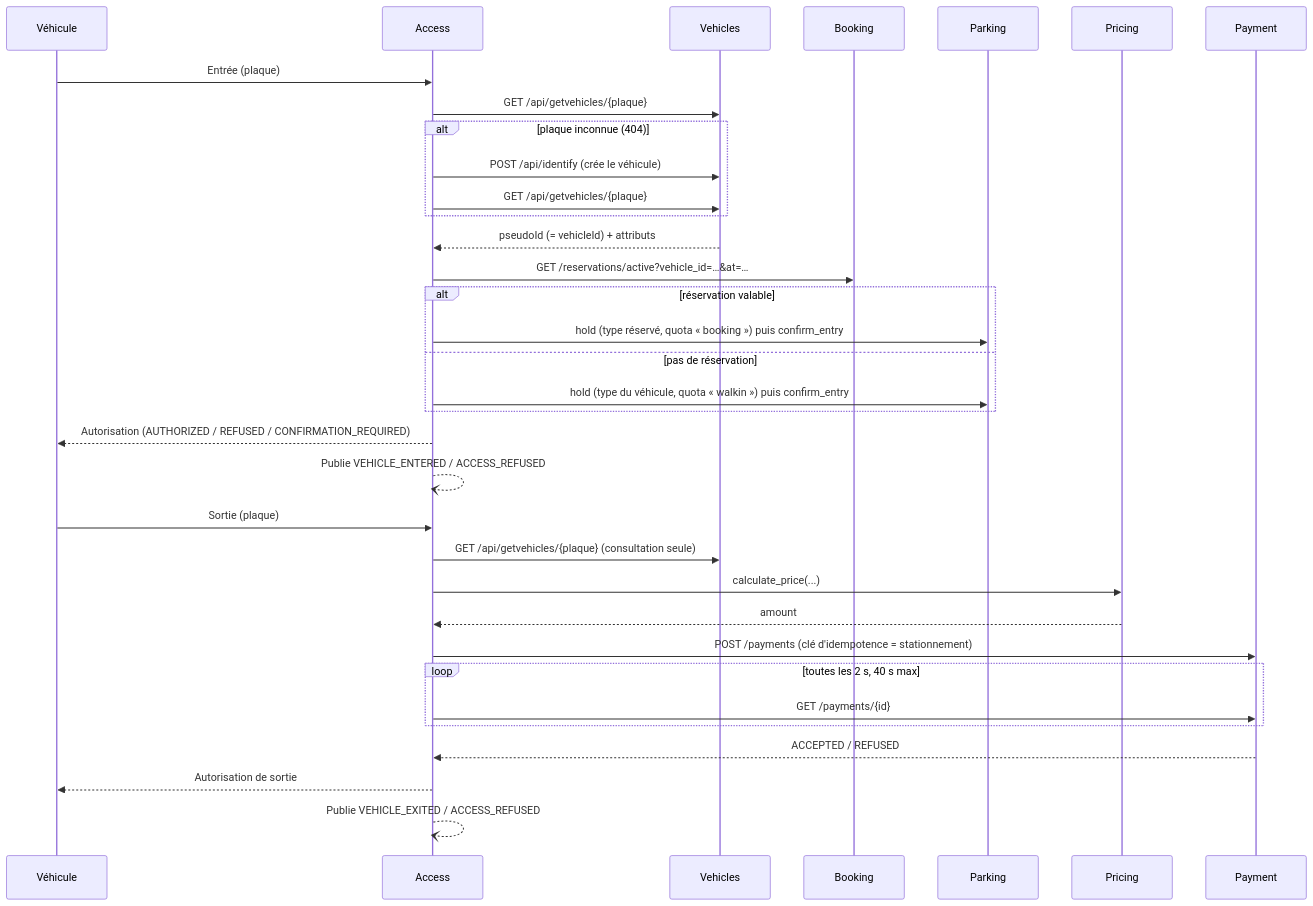
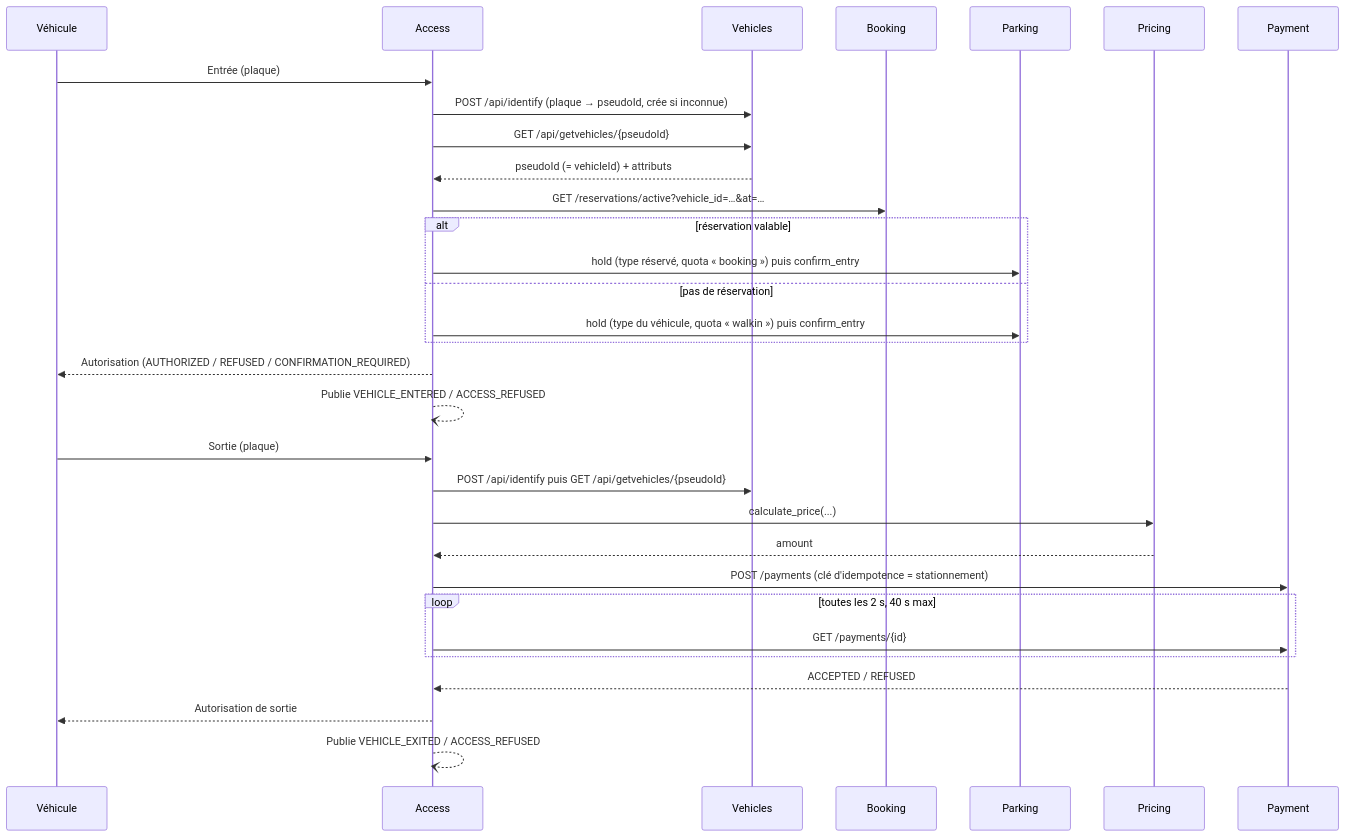
One commit to DenisDMU/access-parking changed the diagram in README.md. Above: the diagram before and after it, drawn with Mermaid. The commit also changed other lines of this file and 9 other files, not shown here.

First line of the commit message:
fix(vehicles): identification puis consultation par identifiant (4.6.1)

````diff
--- a/README.md
+++ b/README.md
@@ -128,38 +128,35 @@
 ```mermaid
 sequenceDiagram
     participant V as Véhicule
     participant A as Access
     participant Ve as Vehicles
     participant B as Booking
     participant P as Parking
     participant Pr as Pricing
     participant Pa as Payment
 
     V->>A: Entrée (plaque)
-    A->>Ve: GET /api/getvehicles/{plaque}
-    alt plaque inconnue (404)
-        A->>Ve: POST /api/identify (crée le véhicule)
-        A->>Ve: GET /api/getvehicles/{plaque}
-    end
+    A->>Ve: POST /api/identify (plaque → pseudoId, crée si inconnue)
+    A->>Ve: GET /api/getvehicles/{pseudoId}
     Ve-->>A: pseudoId (= vehicleId) + attributs
     A->>B: GET /reservations/active?vehicle_id=…&at=…
     alt réservation valable
         A->>P: hold (type réservé, quota « booking ») puis confirm_entry
     else pas de réservation
         A->>P: hold (type du véhicule, quota « walkin ») puis confirm_entry
     end
     A-->>V: Autorisation (AUTHORIZED / REFUSED / CONFIRMATION_REQUIRED)
     A--)A: Publie VEHICLE_ENTERED / ACCESS_REFUSED
 
     V->>A: Sortie (plaque)
-    A->>Ve: GET /api/getvehicles/{plaque} (consultation seule)
+    A->>Ve: POST /api/identify puis GET /api/getvehicles/{pseudoId}
     A->>Pr: calculate_price(...)
     Pr-->>A: amount
     A->>Pa: POST /payments (clé d'idempotence = stationnement)
     loop toutes les 2 s, 40 s max
         A->>Pa: GET /payments/{id}
     end
     Pa-->>A: ACCEPTED / REFUSED
     A-->>V: Autorisation de sortie
     A--)A: Publie VEHICLE_EXITED / ACCESS_REFUSED
 ```
````
